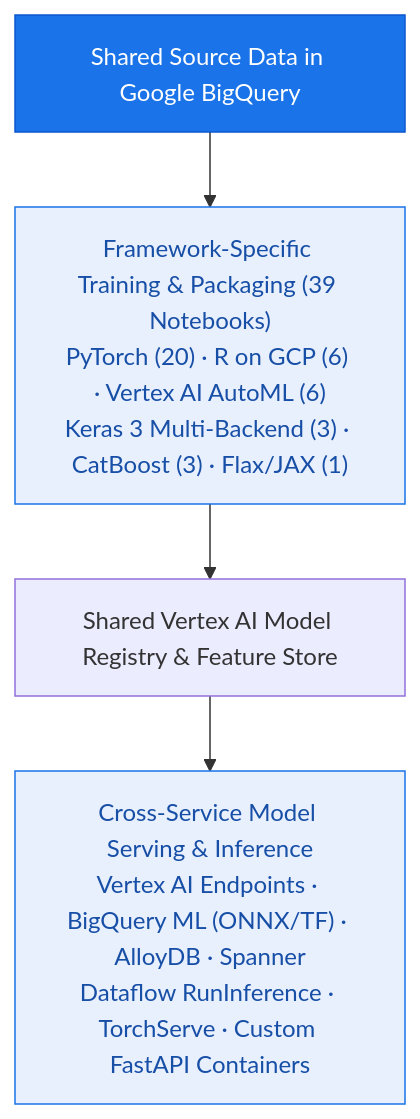
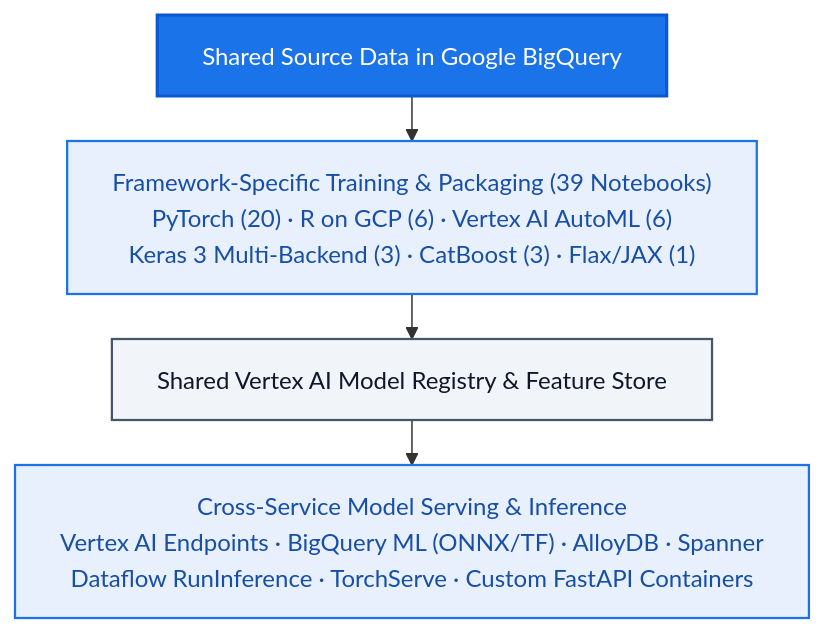
Before and after one commit to statmike/gcp-mlops: the diagram in Framework Workflows/readme.md, drawn with Mermaid. The commit also changed 5 other files, not shown here.

Commit message:
docs: update Gemini Enterprise naming lineage and fix Mermaid contrast/wrapping across all 6 diagrams

````diff
--- a/Framework Workflows/readme.md
+++ b/Framework Workflows/readme.md
@@ -52,12 +52,15 @@
 ```mermaid
+%%{init: {'flowchart': {'wrappingWidth': 650, 'nodeSpacing': 25, 'rankSpacing': 30}}}%%
 flowchart TD
     BQ["Shared Source Data in Google BigQuery"]
     BQ --> Train["Framework-Specific Training & Packaging (39 Notebooks)<br/>PyTorch (20) · R on GCP (6) · Vertex AI AutoML (6)<br/>Keras 3 Multi-Backend (3) · CatBoost (3) · Flax/JAX (1)"]
     Train --> Reg["Shared Vertex AI Model Registry & Feature Store"]
     Reg --> Serve["Cross-Service Model Serving & Inference<br/>Vertex AI Endpoints · BigQuery ML (ONNX/TF) · AlloyDB · Spanner<br/>Dataflow RunInference · TorchServe · Custom FastAPI Containers"]
 
-    classDef top fill:#1a73e8,stroke:#0b57d0,color:#fff
-    classDef stage fill:#e8f0fe,stroke:#1a73e8,color:#174ea6
+    classDef top fill:#1a73e8,stroke:#0b57d0,stroke-width:2px,color:#ffffff
+    classDef stage fill:#e8f0fe,stroke:#1a73e8,stroke-width:1.5px,color:#174ea6
+    classDef detail fill:#f1f5f9,stroke:#475569,stroke-width:1.5px,color:#0f172a
     class BQ top
     class Train,Serve stage
+    class Reg detail
 ```
````
